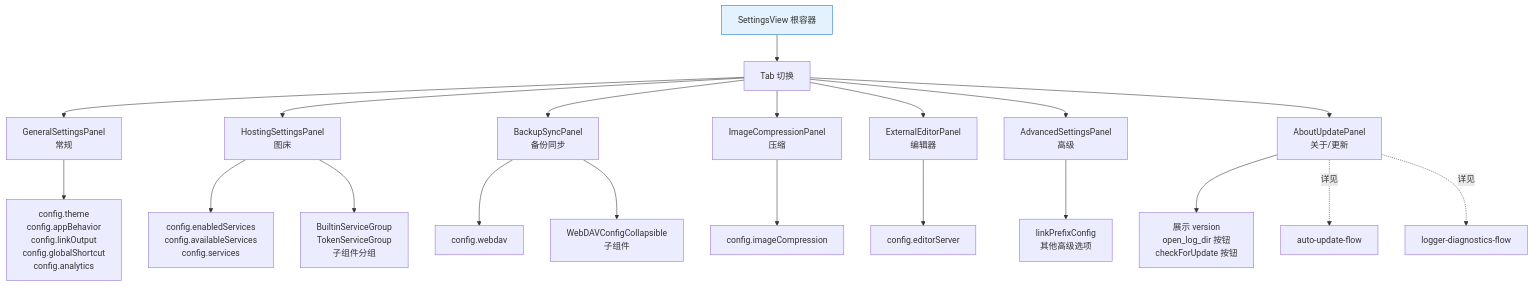
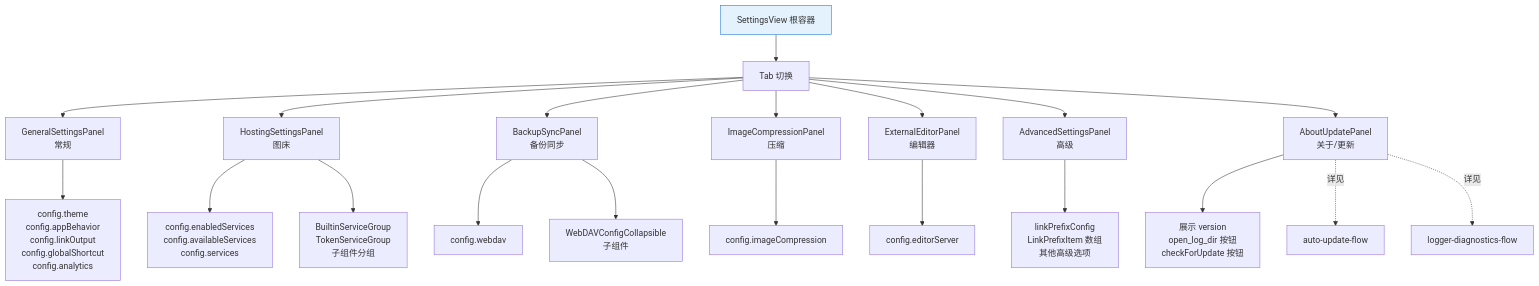
Before and after one commit to joeyliu6/PicNexus: the fourth of 5 diagrams in docs/flows/settings-ui-architecture.md, drawn with Mermaid. The commit also changed other lines of this file and 5 other files, not shown here.

````diff
--- a/docs/flows/settings-ui-architecture.md
+++ b/docs/flows/settings-ui-architecture.md
@@ -189,33 +189,33 @@
 ```mermaid
 flowchart TD
     S[SettingsView 根容器] --> T[Tab 切换]
 
     T --> P1[GeneralSettingsPanel<br/>常规]
     T --> P2[HostingSettingsPanel<br/>图床]
     T --> P3[BackupSyncPanel<br/>备份同步]
     T --> P4[ImageCompressionPanel<br/>压缩]
     T --> P5[ExternalEditorPanel<br/>编辑器]
     T --> P6[AdvancedSettingsPanel<br/>高级]
     T --> P7[AboutUpdatePanel<br/>关于/更新]
 
     %% 各面板对应的 config 字段
     P1 --> P1A[config.theme<br/>config.appBehavior<br/>config.linkOutput<br/>config.globalShortcut<br/>config.analytics]
 
     P2 --> P2A[config.enabledServices<br/>config.availableServices<br/>config.services]
     P2 --> P2B[BuiltinServiceGroup<br/>TokenServiceGroup<br/>子组件分组]
 
     P3 --> P3A[config.webdav]
     P3 --> P3B[WebDAVConfigCollapsible<br/>子组件]
 
     P4 --> P4A[config.imageCompression]
 
     P5 --> P5A[config.editorServer]
 
-    P6 --> P6A[linkPrefixConfig<br/>其他高级选项]
+    P6 --> P6A[linkPrefixConfig<br/>LinkPrefixItem 数组<br/>其他高级选项]
 
     P7 --> P7A[展示 version<br/>open_log_dir 按钮<br/>checkForUpdate 按钮]
     P7 -.详见.-> UPD[auto-update-flow]
     P7 -.详见.-> LOG[logger-diagnostics-flow]
 
     style S fill:#e3f2fd,stroke:#1976d2
 ```
````
